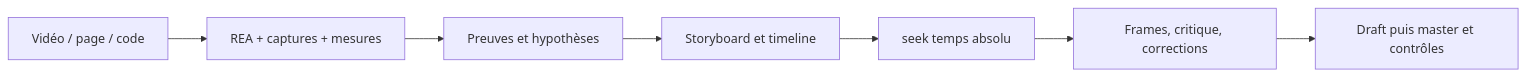
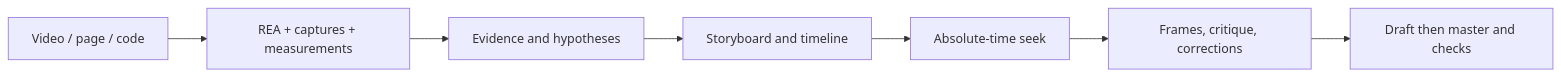
The diagram in README.md (coconut971/codex-motion-design), drawn with Mermaid before and after one commit. The commit also changed other lines of this file and 40 other files, not shown here.

````diff
--- a/README.md
+++ b/README.md
@@ -185,9 +181,9 @@
 ```mermaid
 flowchart LR
-  R[Vidéo / page / code] --> E[REA + captures + mesures]
-  E --> P[Preuves et hypothèses]
-  P --> S[Storyboard et timeline]
-  S --> T[seek temps absolu]
+  R[Video / page / code] --> E[REA + captures + measurements]
+  E --> P[Evidence and hypotheses]
+  P --> S[Storyboard and timeline]
+  S --> T[Absolute-time seek]
   T --> Q[Frames, critique, corrections]
-  Q --> V[Draft puis master et contrôles]
+  Q --> V[Draft then master and checks]
 ```
````
